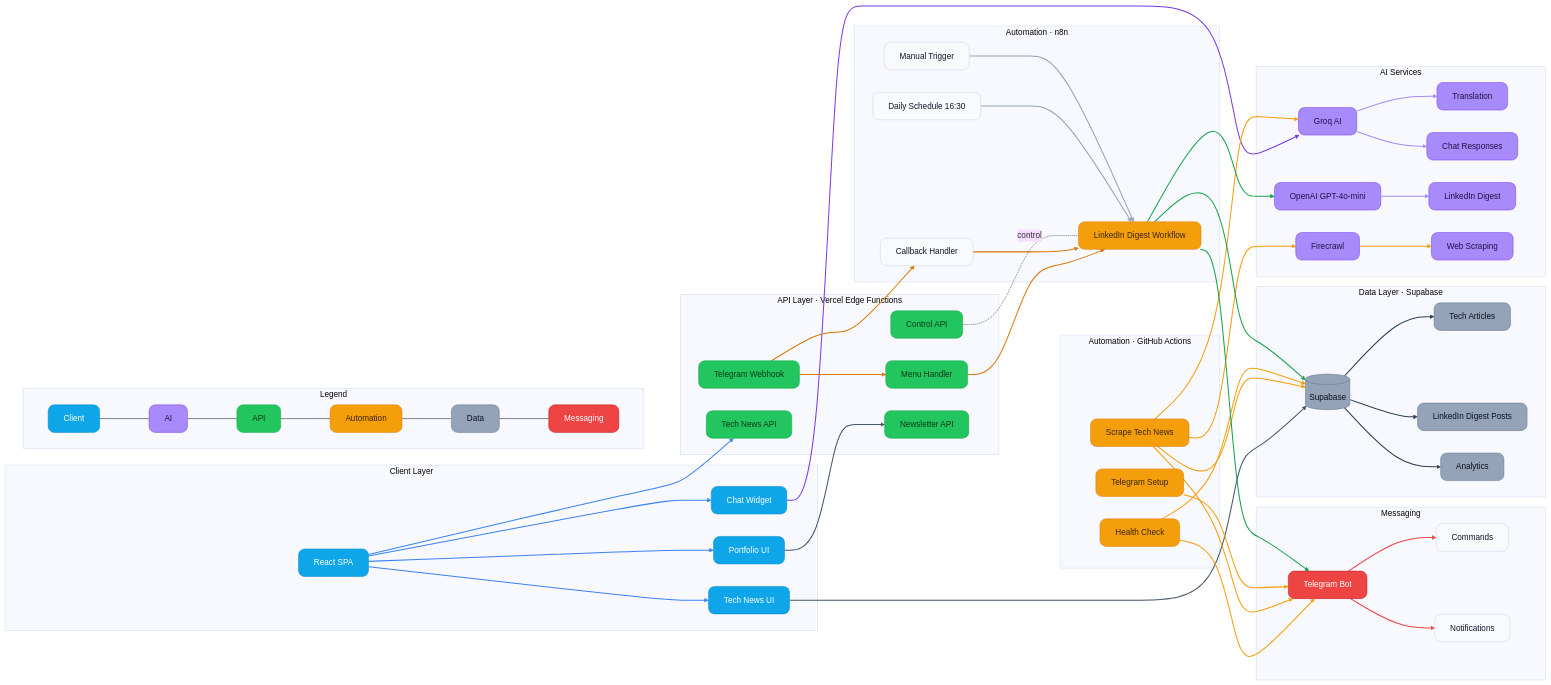
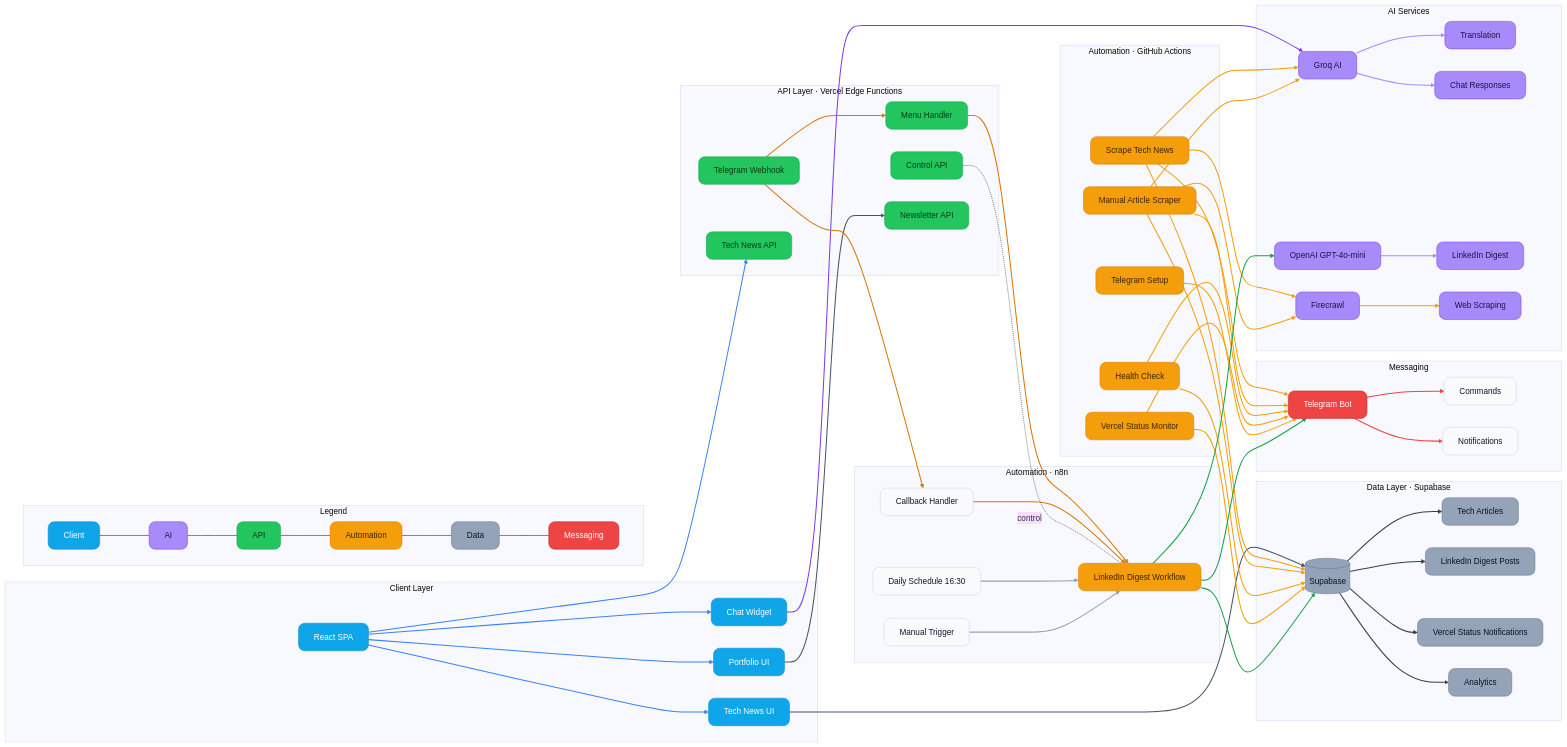
Before and after one commit to CemRoot/My-Site: the diagram in README.md, drawn with Mermaid. The commit also changed other lines of this file and 10 other files, not shown here.

First line of the commit message:
feat: Add Vercel status monitoring and enhance documentation

```diff
--- a/README.md
+++ b/README.md
@@ -160,7 +166,9 @@
 
 subgraph S3["Automation · GitHub Actions"]
 J[Scrape Tech News]:::auto
+J1[Manual Article Scraper]:::auto
 K[Health Check]:::auto
+K1[Vercel Status Monitor]:::auto
 L[Telegram Setup]:::auto
 end
 
@@ -185,6 +193,7 @@
 U[(Supabase)]:::data
 V[Tech Articles]:::data
 W[LinkedIn Digest Posts]:::data
+W1[Vercel Status Notifications]:::data
 X[Analytics]:::data
 end
 
@@ -213,14 +222,26 @@
 M3 --> M
 G -. control .- M
 
-%% GitHub Actions
+%% GitHub Actions - Scraping
 J --> S
 S --> T
 J --> N
 J --> U
+J --> Y
+
+%% GitHub Actions - Manual Article Scraper
+J1 --> S
+J1 --> N
+J1 --> U
+J1 --> Y
+
+%% GitHub Actions - Health Check & Status
 K --> U
 K --> Y
-J --> Y
+K1 --> U
+K1 --> Y
+
+%% GitHub Actions - Setup
 L --> Y
 
 %% n8n -> Data/AI/Messaging & Triggers
@@ -242,6 +263,7 @@
 %% Supabase fan-out
 U --> V
 U --> W
+U --> W1
 U --> X
 
 %% ---------- OK RENKLERİ (index'e göre) ----------
@@ -261,25 +283,26 @@
 %% (11) dotted control zaten noktalı; renklendirmiyoruz
 
 %% GitHub Actions akışı (amber)
-linkStyle 12,13,14,15,16,17,18,19 stroke:#f59e0b,stroke-width:2px
+%% J: 12-16 (5 ok), J1: 17-20 (4 ok), K/K1: 21-24 (4 ok), L: 25 (1 ok)
+linkStyle 12,13,14,15,16,17,18,19,20,21,22,23,24,25 stroke:#f59e0b,stroke-width:2px
 
 %% n8n → Data/AI/Messaging (yeşil ton)
-linkStyle 20,21,23 stroke:#16a34a,stroke-width:2px
+linkStyle 26,27,29 stroke:#16a34a,stroke-width:2px
 
 %% Schedules (gri açık)
-linkStyle 24,25 stroke:#94a3b8,stroke-width:2px
+linkStyle 30,31 stroke:#94a3b8,stroke-width:2px
 
 %% Q → R (AI zinciri lavanta)
-linkStyle 22 stroke:#a78bfa,stroke-width:2px
+linkStyle 28 stroke:#a78bfa,stroke-width:2px
 
 %% Groq AI subtasks (lavanta)
-linkStyle 26,27 stroke:#a78bfa,stroke-width:2px
+linkStyle 32,33 stroke:#a78bfa,stroke-width:2px
 
 %% Messaging fan-out (kırmızı)
-linkStyle 28,29 stroke:#ef4444,stroke-width:2px
+linkStyle 34,35 stroke:#ef4444,stroke-width:2px
 
 %% Supabase fan-out (slate koyu)
-linkStyle 30,31,32 stroke:#334155,stroke-width:2px
+linkStyle 36,37,38,39 stroke:#334155,stroke-width:2px
 
 %% ---------- LEJAND ----------
 subgraph Legend["Legend"]
```
